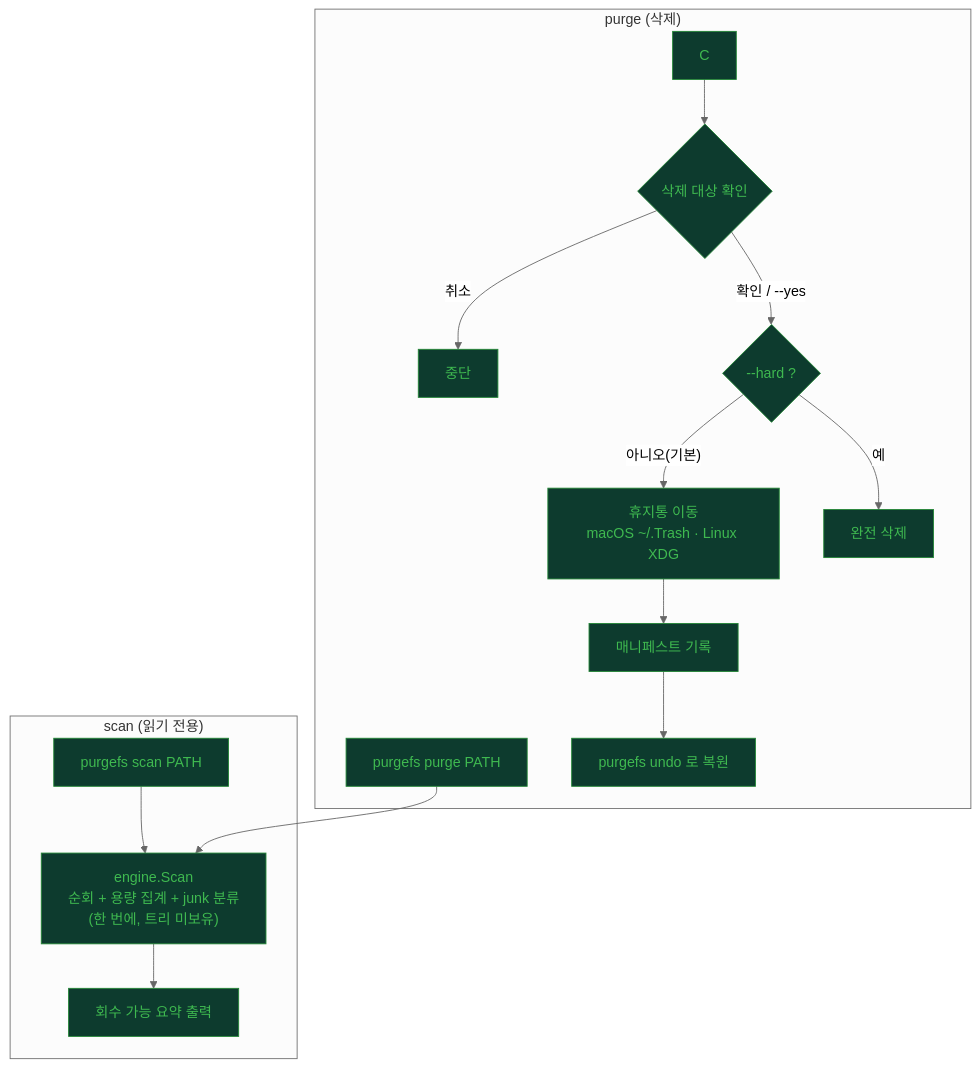
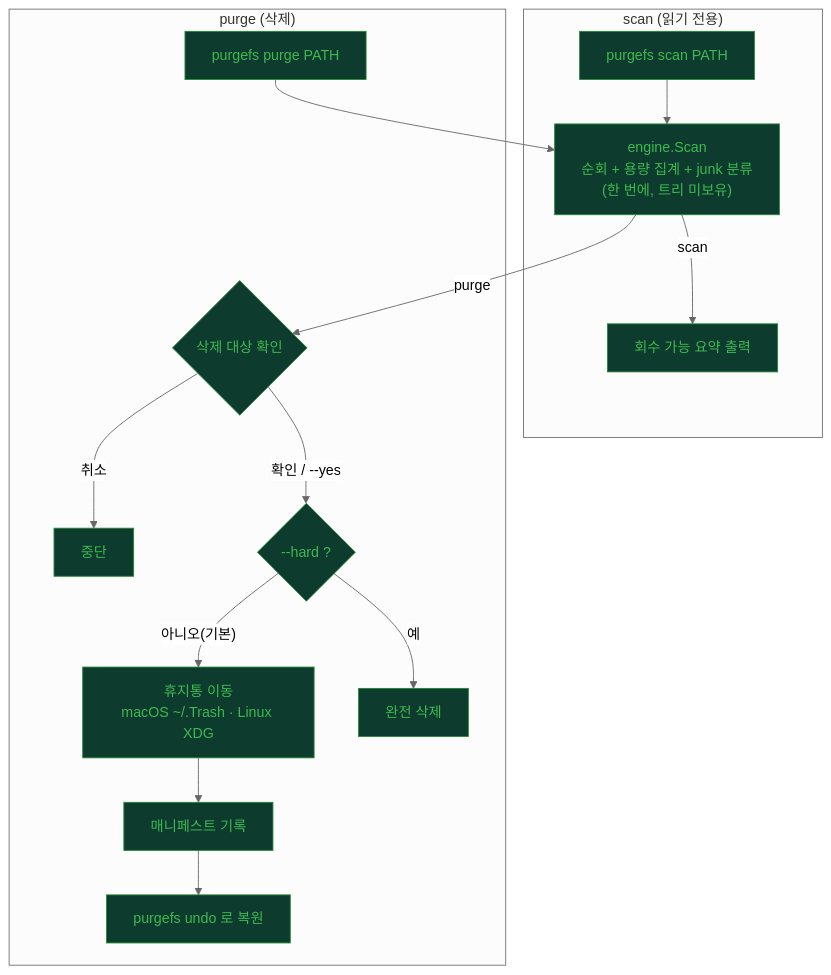
One commit to seeminglyjs/PurgeFs changed the second of 3 diagrams in README.md. Above: the diagram before and after it, drawn with Mermaid (neutral theme). The commit also changed other lines of this file, not shown here.

````diff
--- a/README.md
+++ b/README.md
@@ -28,21 +28,21 @@
 ```mermaid
 flowchart TD
     subgraph SCAN["scan (읽기 전용)"]
         A["purgefs scan PATH"] --> B["engine.Scan<br/>순회 + 용량 집계 + junk 분류<br/>(한 번에, 트리 미보유)"]
-        B --> D["회수 가능 요약 출력"]
+        B -- "scan" --> D["회수 가능 요약 출력"]
     end
 
     subgraph PURGE["purge (삭제)"]
         E["purgefs purge PATH"] --> B
-        C --> F{"삭제 대상 확인"}
+        B -- "purge" --> F{"삭제 대상 확인"}
         F -- "취소" --> X["중단"]
         F -- "확인 / --yes" --> G{"--hard ?"}
         G -- "아니오(기본)" --> H["휴지통 이동<br/>macOS ~/.Trash · Linux XDG"]
         G -- "예" --> I["완전 삭제"]
         H --> J["매니페스트 기록"]
         J --> K["purgefs undo 로 복원"]
     end
 
     classDef done fill:#0d3b2e,color:#3fb950,stroke:#238636
-    class A,B,C,D,E,F,G,H,I,J,K,X done
+    class A,B,D,E,F,G,H,I,J,K,X done
 ```
````
